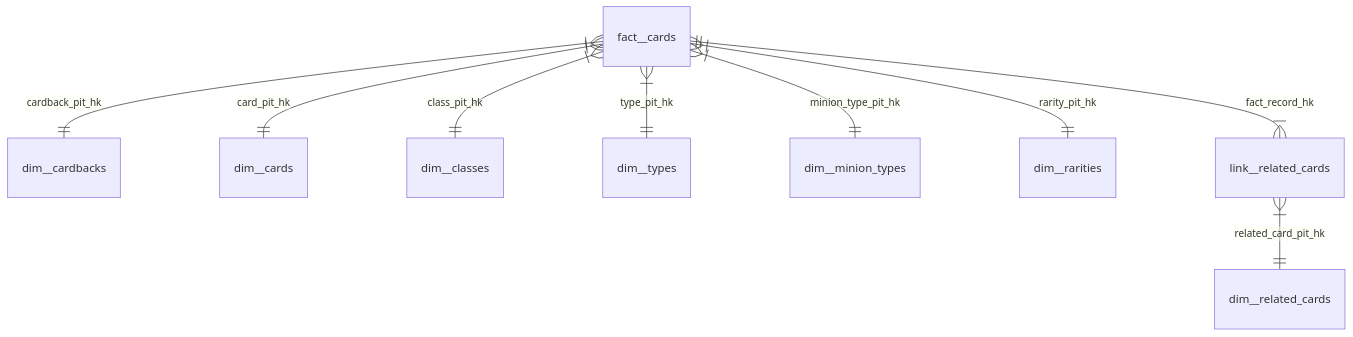
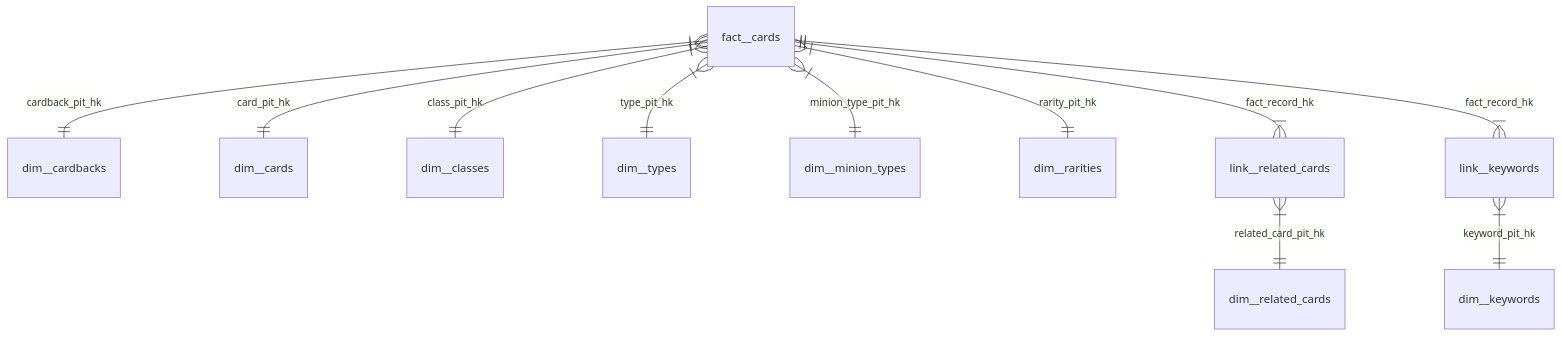
The second of 2 diagrams in README.md (mattiasthalen/arcane-insight), drawn with Mermaid before and after one commit. The commit also changed 4 other files, not shown here.

Commit message:
Add dim__keywords

````diff
--- a/README.md
+++ b/README.md
@@ -35,12 +35,15 @@
 ```mermaid
 erDiagram
     fact__cards }|--|| dim__cardbacks: "cardback_pit_hk"
     fact__cards }|--|| dim__cards: "card_pit_hk"
     fact__cards }|--|| dim__classes: "class_pit_hk"
     fact__cards }|--|| dim__types: "type_pit_hk"
     fact__cards }|--|| dim__minion_types: "minion_type_pit_hk"
     fact__cards }|--|| dim__rarities: "rarity_pit_hk"
     
     fact__cards ||--|{ link__related_cards: "fact_record_hk"
     link__related_cards }|--|| dim__related_cards: "related_card_pit_hk"
+    
+    fact__cards ||--|{ link__keywords: "fact_record_hk"
+    link__keywords }|--|| dim__keywords: "keyword_pit_hk"
 ```
````
